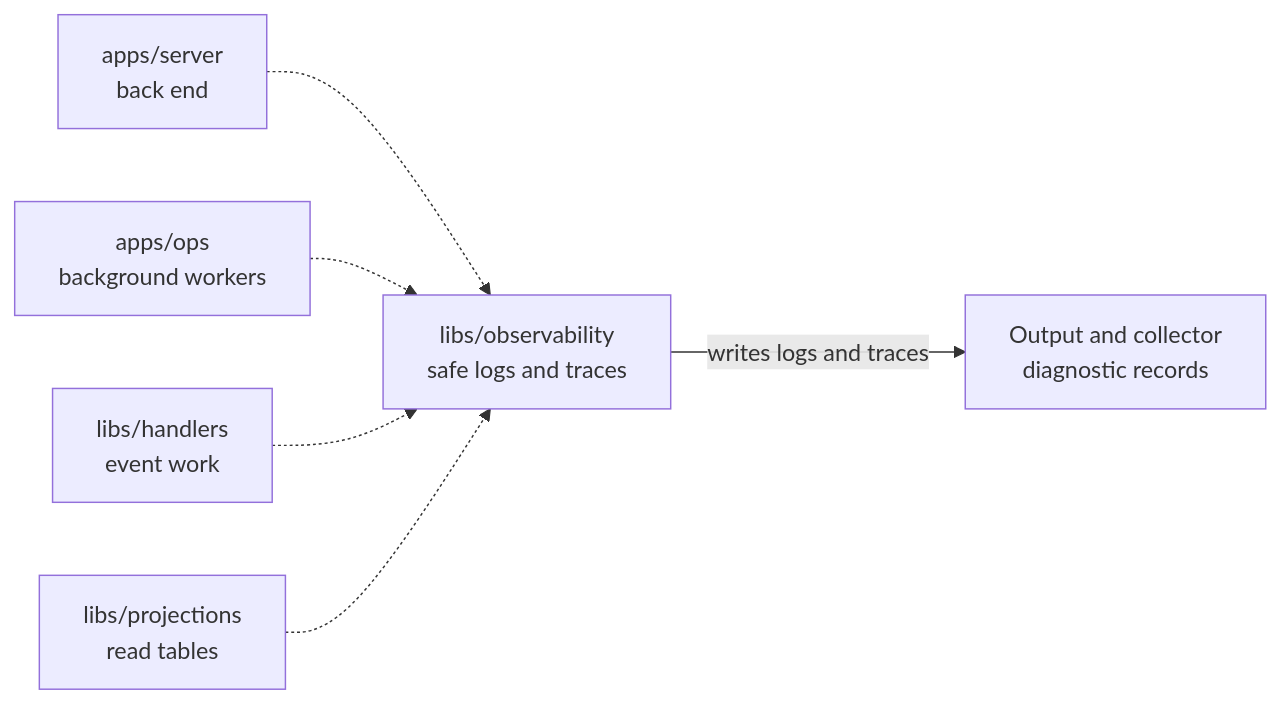
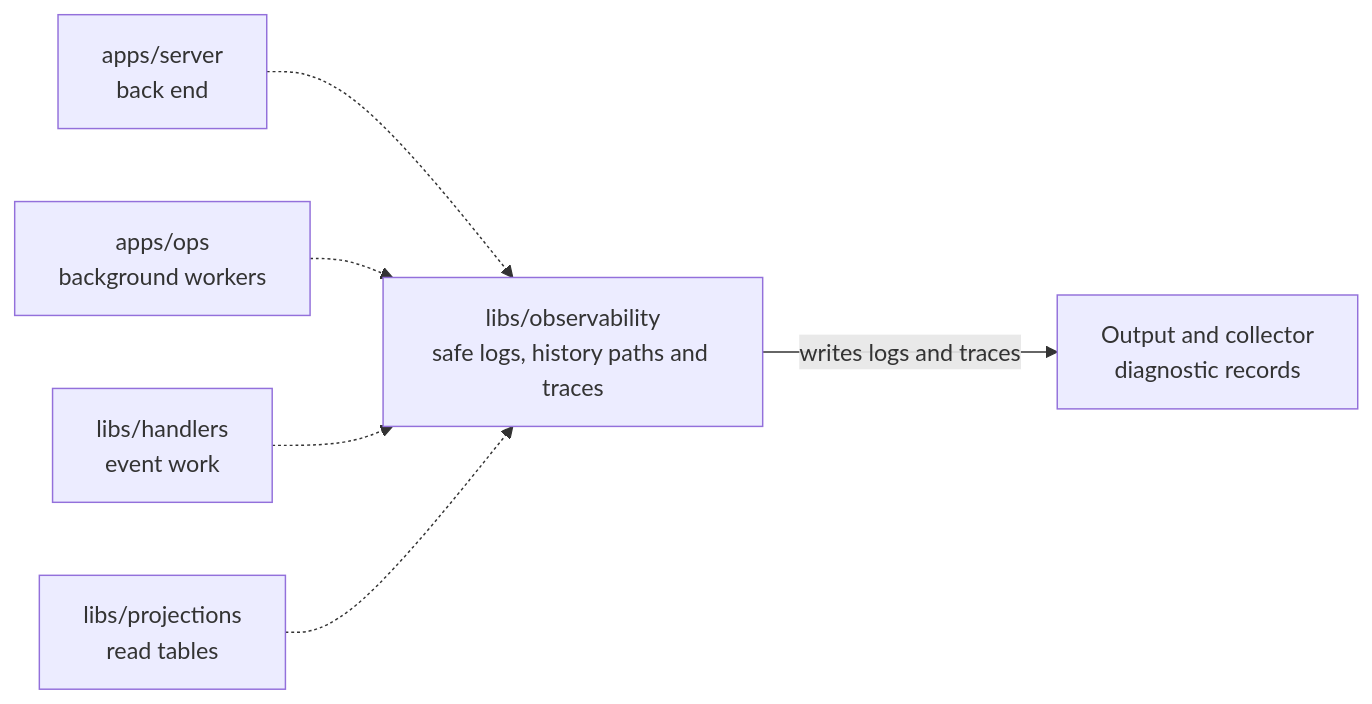
The diagram in libs/observability/README.md (elewa-git/opencrane-new), drawn with Mermaid before and after one commit. The commit also changed other lines of this file and 18 other files, not shown here.

Commit message:
🧾 Keep change history safe and bounded

````diff
--- a/libs/observability/README.md
+++ b/libs/observability/README.md
@@ -11,8 +11,8 @@
 ```mermaid
 flowchart LR
-  server["apps/server<br/>back end"] -.-> obs["libs/observability<br/>safe logs and traces"]
+  server["apps/server<br/>back end"] -.-> obs["libs/observability<br/>safe logs, history paths and traces"]
   ops["apps/ops<br/>background workers"] -.-> obs
   handlers["libs/handlers<br/>event work"] -.-> obs
   projections["libs/projections<br/>read tables"] -.-> obs
   obs -->|writes logs and traces| output["Output and collector<br/>diagnostic records"]
 ```
````
